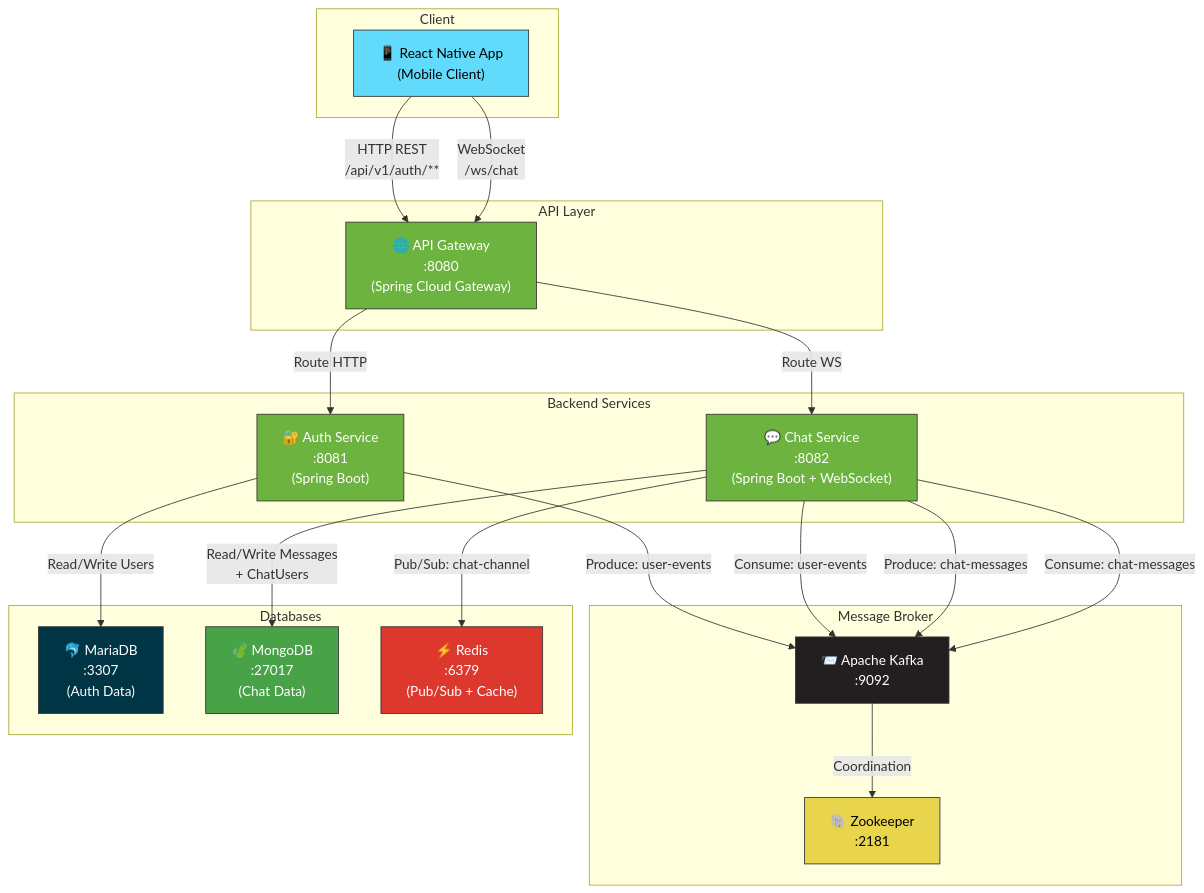
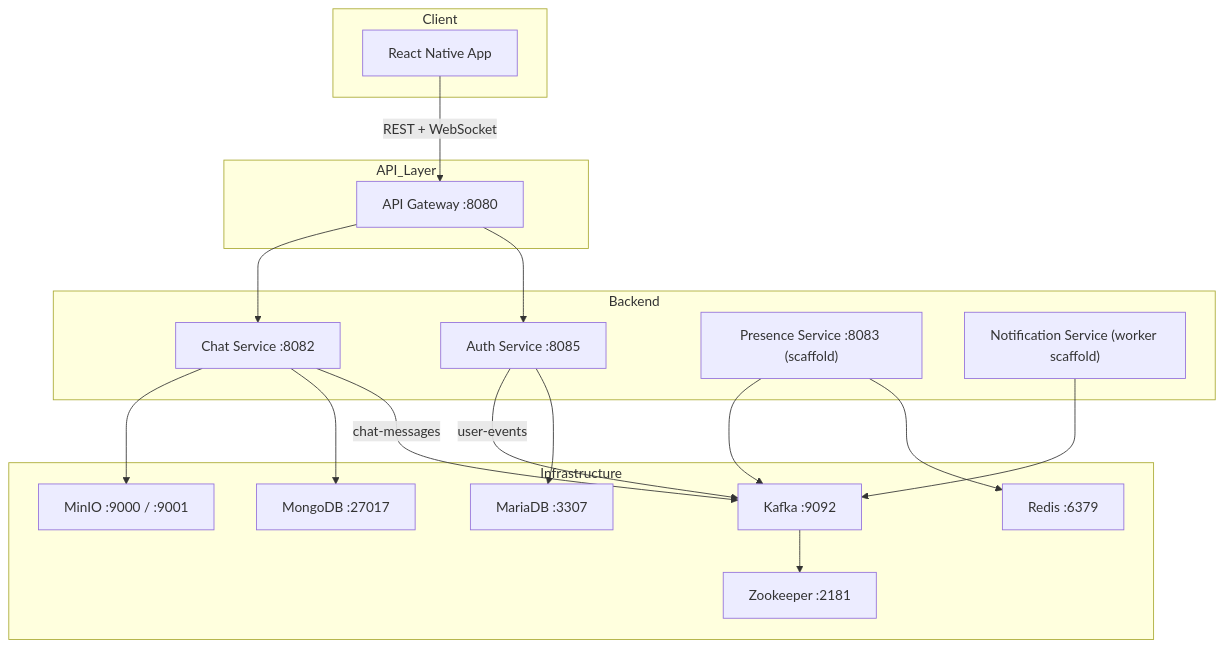
One commit to Hiep0718/IUH_CONNECT changed the first of 13 diagrams in README.md. Above: the diagram before and after it, drawn with Mermaid. The commit also changed other lines of this file and 20 other files, not shown here.

````diff
--- a/README.md
+++ b/README.md
@@ -20,52 +38,42 @@
 ```mermaid
 graph TB
     subgraph Client
-        FE["📱 React Native App<br/>(Mobile Client)"]
+        FE["React Native App"]
     end
 
-    subgraph API Layer
-        GW["🌐 API Gateway<br/>:8080<br/>(Spring Cloud Gateway)"]
+    subgraph API_Layer
+        GW["API Gateway :8080"]
     end
 
-    subgraph Backend Services
-        AUTH["🔐 Auth Service<br/>:8081<br/>(Spring Boot)"]
-        CHAT["💬 Chat Service<br/>:8082<br/>(Spring Boot + WebSocket)"]
+    subgraph Backend
+        AUTH["Auth Service :8085"]
+        CHAT["Chat Service :8082"]
+        PRES["Presence Service :8083 (scaffold)"]
+        NOTI["Notification Service (worker scaffold)"]
     end
 
-    subgraph Message Broker
-        ZK["🐘 Zookeeper<br/>:2181"]
-        KF["📨 Apache Kafka<br/>:9092"]
+    subgraph Infrastructure
+        ZK["Zookeeper :2181"]
+        KF["Kafka :9092"]
+        MDB["MariaDB :3307"]
+        MONGO["MongoDB :27017"]
+        REDIS["Redis :6379"]
+        MINIO["MinIO :9000 / :9001"]
     end
 
-    subgraph Databases
-        MDB["🐬 MariaDB<br/>:3307<br/>(Auth Data)"]
-        MONGO["🍃 MongoDB<br/>:27017<br/>(Chat Data)"]
-        RD["⚡ Redis<br/>:6379<br/>(Pub/Sub + Cache)"]
-    end
+    FE -->|"REST + WebSocket"| GW
+    GW --> AUTH
+    GW --> CHAT
 
-    FE -->|"HTTP REST<br/>/api/v1/auth/**"| GW
-    FE -->|"WebSocket<br/>/ws/chat"| GW
-    GW -->|"Route HTTP"| AUTH
-    GW -->|"Route WS"| CHAT
+    AUTH --> MDB
+    AUTH -->|"user-events"| KF
 
-    AUTH -->|"Read/Write Users"| MDB
-    AUTH -->|"Produce: user-events"| KF
-    
-    CHAT -->|"Consume: user-events"| KF
-    CHAT -->|"Produce: chat-messages"| KF
-    CHAT -->|"Consume: chat-messages"| KF
-    CHAT -->|"Read/Write Messages<br/>+ ChatUsers"| MONGO
-    CHAT -->|"Pub/Sub: chat-channel"| RD
-    
-    KF -->|"Coordination"| ZK
+    CHAT -->|"chat-messages"| KF
+    CHAT --> MONGO
+    CHAT --> MINIO
 
-    style FE fill:#61DAFB,stroke:#333,color:#000
-    style GW fill:#6DB33F,stroke:#333,color:#fff
-    style AUTH fill:#6DB33F,stroke:#333,color:#fff
-    style CHAT fill:#6DB33F,stroke:#333,color:#fff
-    style KF fill:#231F20,stroke:#333,color:#fff
-    style ZK fill:#E8D44D,stroke:#333,color:#000
-    style MDB fill:#003545,stroke:#333,color:#fff
-    style MONGO fill:#47A248,stroke:#333,color:#fff
-    style RD fill:#DC382D,stroke:#333,color:#fff
+    PRES --> REDIS
+    PRES --> KF
+    NOTI --> KF
+    KF --> ZK
 ```
````
